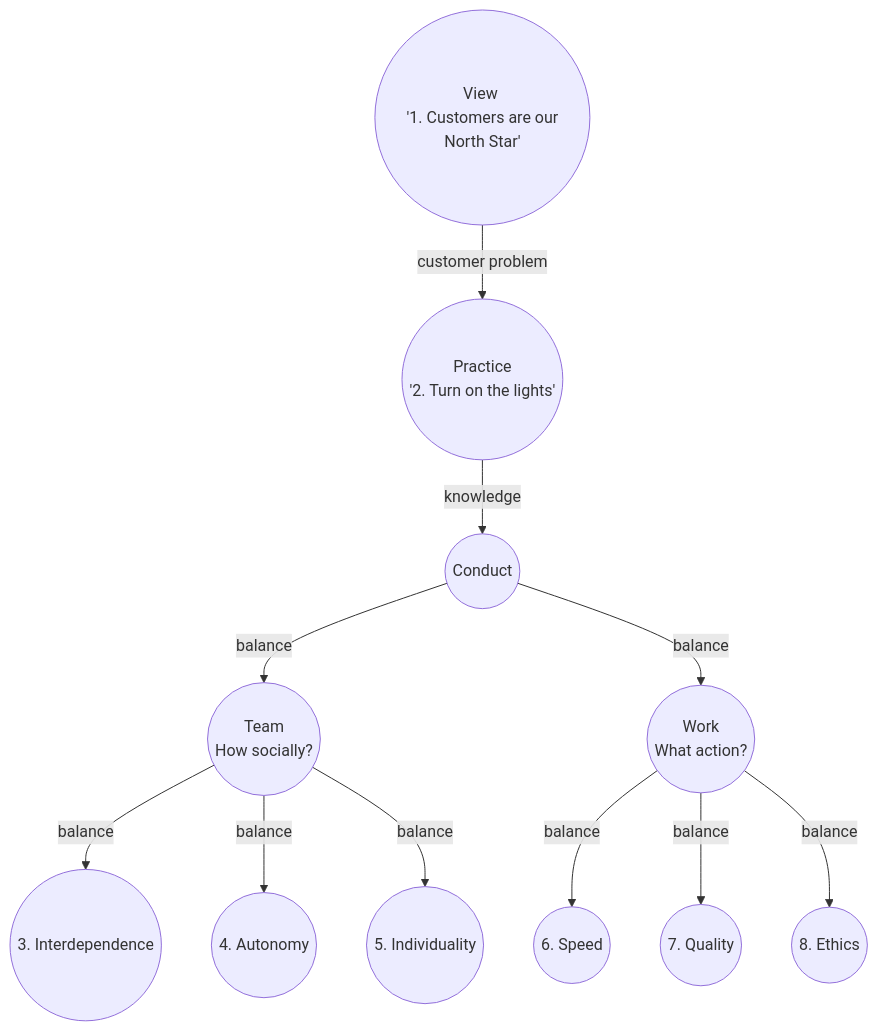
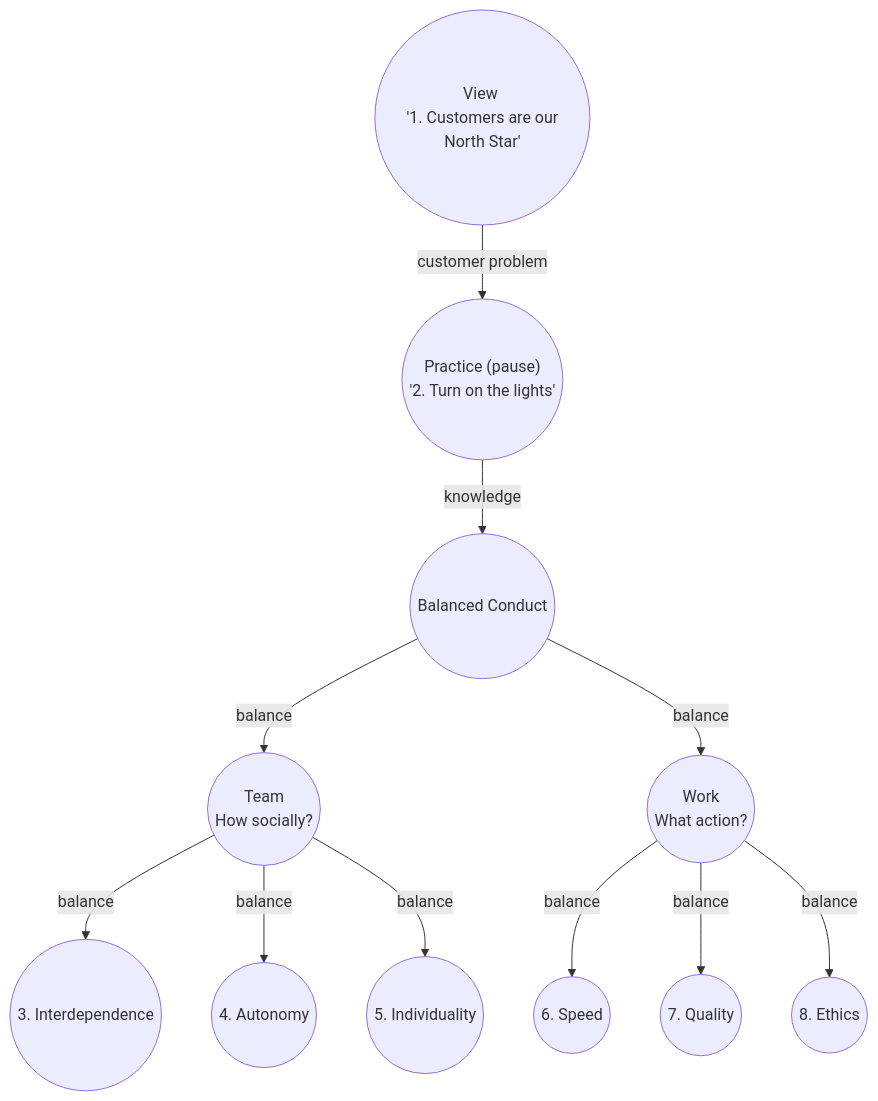
Before and after one commit to borisdev/resume: the diagram in zillow.md, drawn with Mermaid.

Commit message:
zillow values as a diagram

````diff
--- a/zillow.md
+++ b/zillow.md
@@ -19,13 +19,13 @@
 ```mermaid
 flowchart TB
-    V(("View <br> '1. Customers are our North Star'"))-- customer problem -->P(("Practice <br> '2. Turn on the lights'"))
-    P-- knowledge -->C(("Conduct"))
+    V(("View <br> '1. Customers are our North Star'"))-- customer problem -->P(("Practice (pause) <br> '2. Turn on the lights'"))
+    P-- knowledge -->C(("Balanced Conduct"))
     C-- balance -->T(("Team <br> How socially?"))
     C-- balance -->W(("Work <br> What action?"))
     T-- balance -->ID(("3. Interdependence"))
     T-- balance -->A(("4. Autonomy"))
     T-- balance -->I(("5. Individuality"))
     W-- balance -->S(("6. Speed"))
     W-- balance -->Q(("7. Quality"))
     W-- balance -->E(("8. Ethics"))
 ```
````
